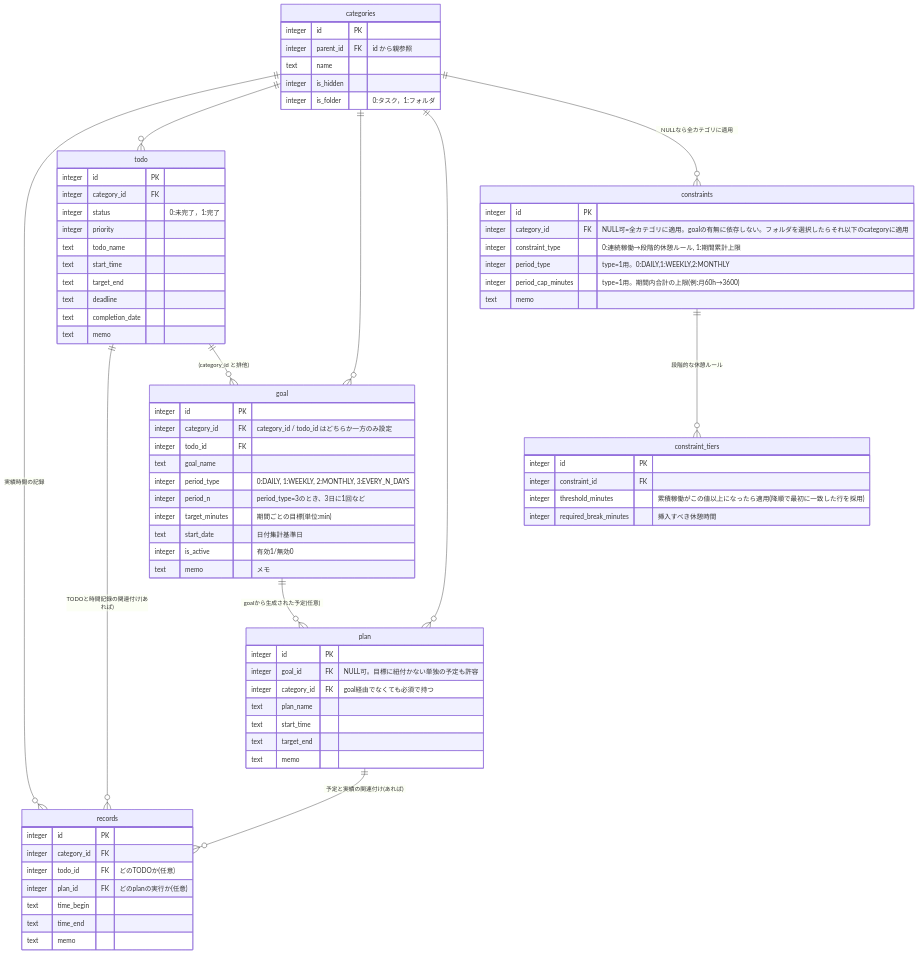
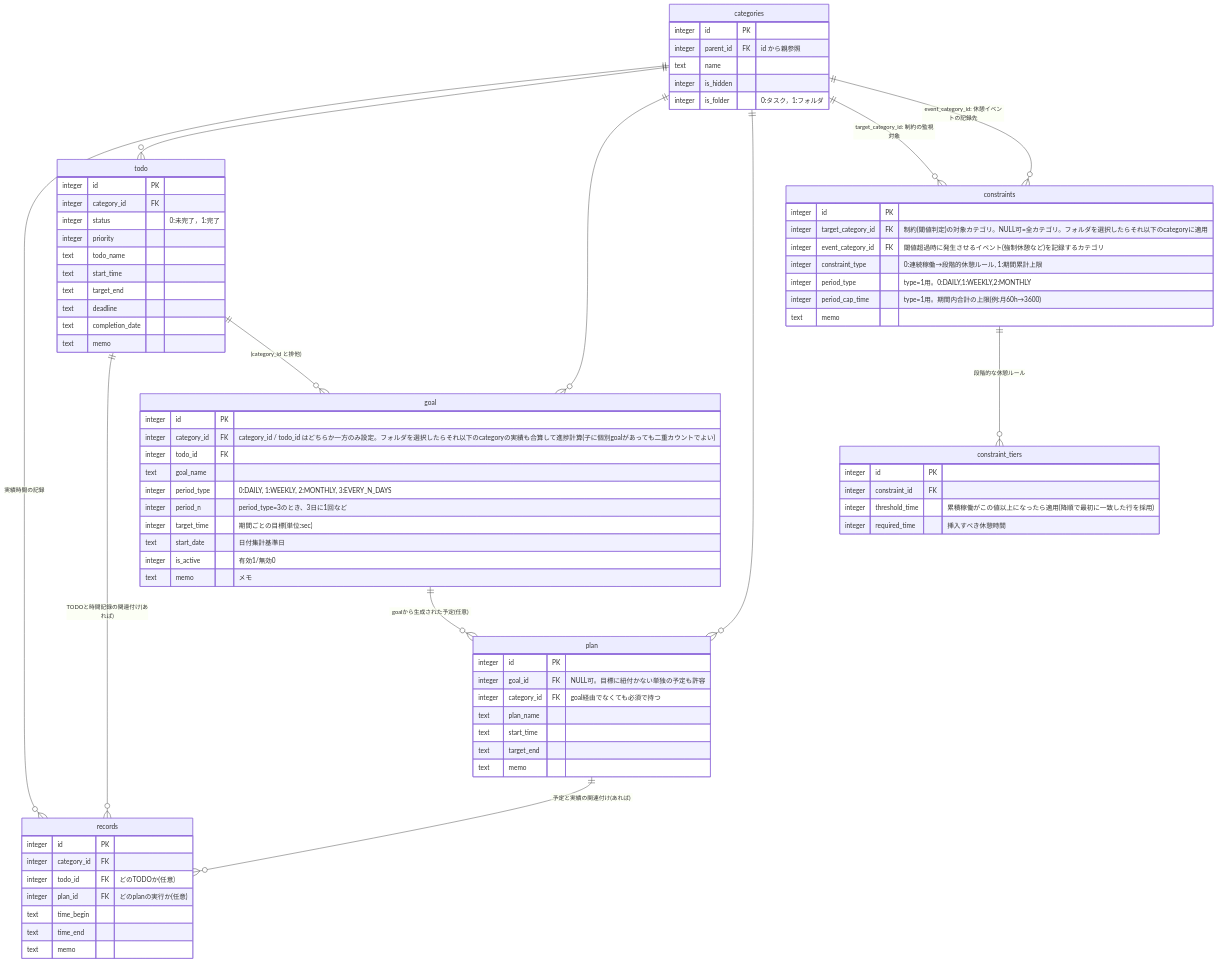
One commit to nullruptr/Cudyne changed the diagram in src/core/db/db.md. Above: the diagram before and after it, drawn with Mermaid. The commit also changed 6 other files, not shown here.

````diff
--- a/src/core/db/db.md
+++ b/src/core/db/db.md
@@ -9,7 +9,8 @@
     todo ||--o{ goal : "(category_id と排他)"
     goal ||--o{ plan : "goalから生成された予定(任意)"
     categories ||--o{ plan : ""
-    categories ||--o{ constraints : "NULLなら全カテゴリに適用"
+    categories ||--o{ constraints : "target_category_id: 制約の監視対象"
+    categories ||--o{ constraints : "event_category_id: 休憩イベントの記録先"
     constraints ||--o{ constraint_tiers : "段階的な休憩ルール"
     plan ||--o{ records : "予定と実績の関連付け(あれば)"
 
@@ -46,12 +47,12 @@
 
     goal {
         integer id PK
-        integer category_id FK "category_id / todo_id はどちらか一方のみ設定"
+        integer category_id FK "category_id / todo_id はどちらか一方のみ設定。フォルダを選択したらそれ以下のcategoryの実績も合算して進捗計算(子に個別goalがあっても二重カウントでよい)"
         integer todo_id FK
         text goal_name
         integer period_type "0:DAILY, 1:WEEKLY, 2:MONTHLY, 3:EVERY_N_DAYS"
         integer period_n "period_type=3のとき、3日に1回など"
-        integer target_minutes "期間ごとの目標(単位:min)"
+        integer target_time "期間ごとの目標(単位:sec)"
         text start_date "日付集計基準日"
         integer is_active "有効1/無効0"
         text memo "メモ"
@@ -69,17 +70,18 @@
 
     constraints {
         integer id PK
-        integer category_id FK "NULL可=全カテゴリに適用。goalの有無に依存しない。フォルダを選択したらそれ以下のcategoryに適用"
+        integer target_category_id FK "制約(閾値判定)の対象カテゴリ。NULL可=全カテゴリ。フォルダを選択したらそれ以下のcategoryに適用"
+        integer event_category_id FK "閾値超過時に発生させるイベント(強制休憩など)を記録するカテゴリ"
         integer constraint_type "0:連続稼働→段階的休憩ルール, 1:期間累計上限"
         integer period_type "type=1用。0:DAILY,1:WEEKLY,2:MONTHLY"
-        integer period_cap_minutes "type=1用。期間内合計の上限(例:月60h→3600)"
+        integer period_cap_time "type=1用。期間内合計の上限(例:月60h→3600)"
         text memo
     }
 
     constraint_tiers {
         integer id PK
         integer constraint_id FK
-        integer threshold_minutes "累積稼働がこの値以上になったら適用(降順で最初に一致した行を採用)"
-        integer required_break_minutes "挿入すべき休憩時間"
+        integer threshold_time "累積稼働がこの値以上になったら適用(降順で最初に一致した行を採用)"
+        integer required_time "挿入すべき休憩時間"
     }
 ```
````
